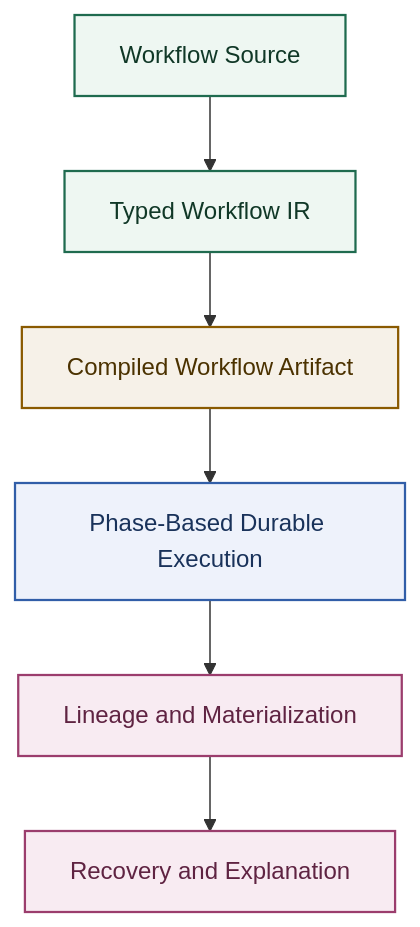
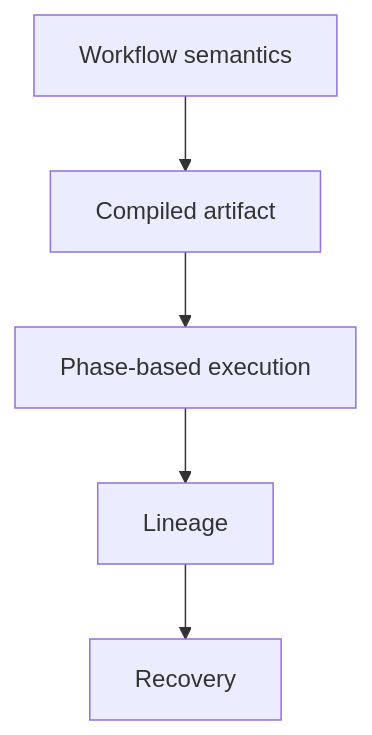
One commit to Digimuoto/cortex changed the first of 4 diagrams in docs/Publications/Paper-3-graph-substitution-semantics/manuscript.md. Above: the diagram before and after it, drawn with Mermaid. The commit also changed other lines of this file and 63 other files, not shown here.

````diff
--- a/docs/Publications/Paper-3-graph-substitution-semantics/manuscript.md
+++ b/docs/Publications/Paper-3-graph-substitution-semantics/manuscript.md
@@ -111,18 +111,7 @@
 ```mermaid
 flowchart TD
-    A["Workflow Source"] --> B["Typed Workflow IR"]
-    B --> C["Compiled Workflow Artifact"]
-    C --> D["Phase-Based Durable Execution"]
-    D --> E["Lineage and Materialization"]
-    E --> F["Recovery and Explanation"]
-
-    classDef semantic fill:#eef7f2,stroke:#1f6b4f,color:#103827,stroke-width:1.5px;
-    classDef compiled fill:#f6f1e8,stroke:#8a5a00,color:#4b3200,stroke-width:1.5px;
-    classDef runtime fill:#eef2fb,stroke:#315ea8,color:#19325a,stroke-width:1.5px;
-    classDef durability fill:#f8ebf2,stroke:#9b3d6d,color:#5f2342,stroke-width:1.5px;
-
-    class A,B semantic;
-    class C compiled;
-    class D runtime;
-    class E,F durability;
+    A["Workflow semantics"] --> B["Compiled artifact"]
+    B --> C["Phase-based execution"]
+    C --> D["Lineage"]
+    D --> E["Recovery"]
 ```
````
